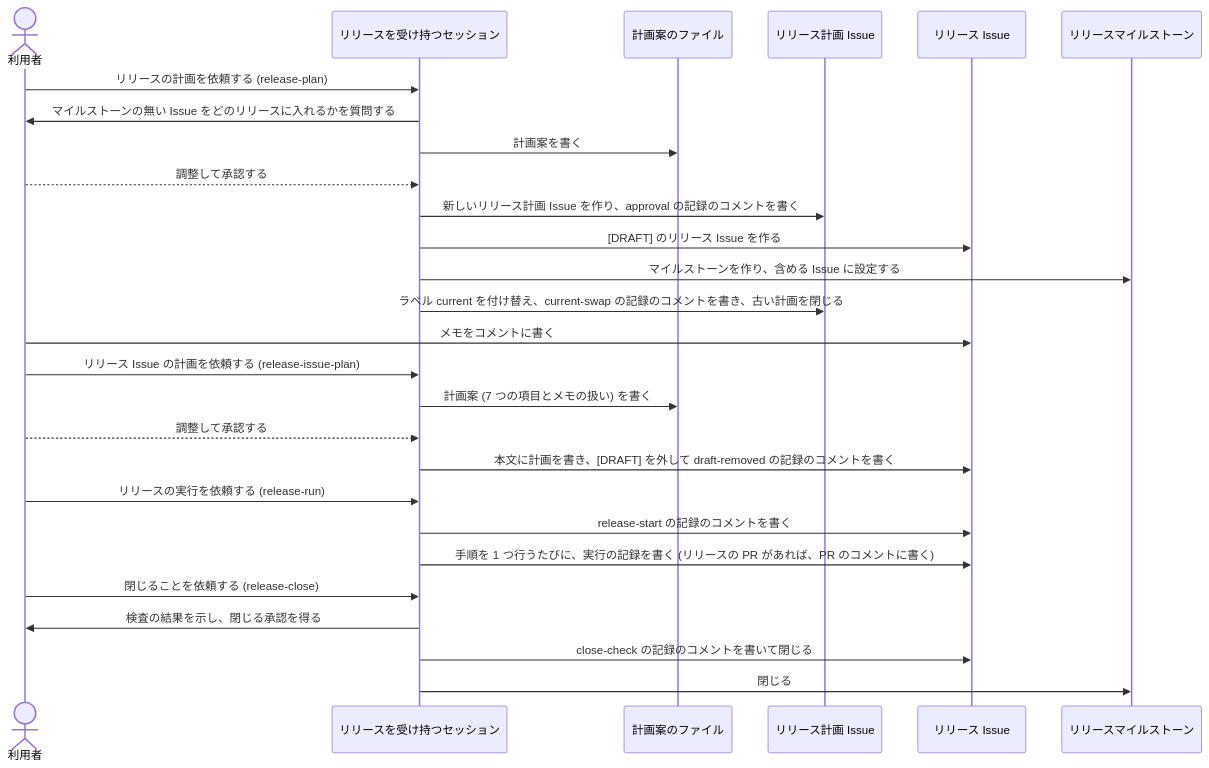
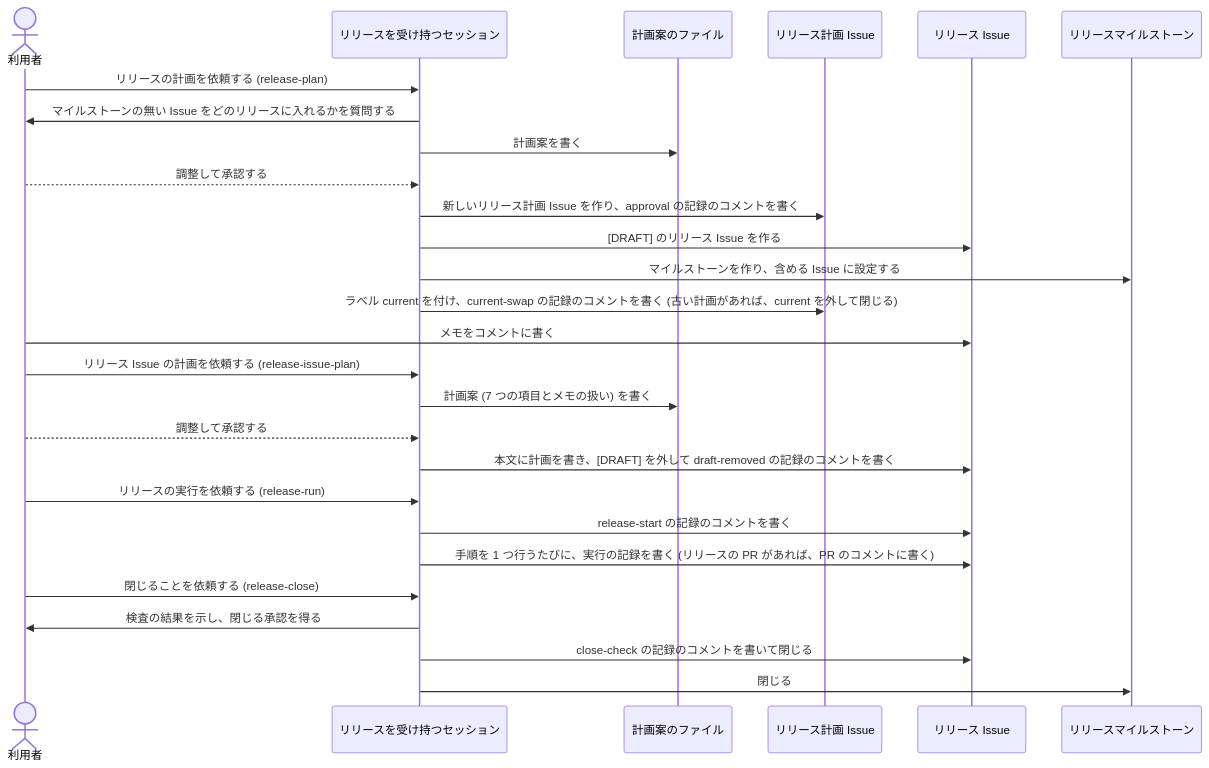
The fourth of 4 diagrams in issue-practice/references/workflow.md (akm/claude-plugins), drawn with Mermaid before and after one commit. The commit also changed other lines of this file and 1 other file, not shown here.

Commit message:
📝 docs(issue-practice): 6 つのシナリオの文書を、確認用のリポジトリで実行した結果に合わせる (#270)
確認用のリポジトリ akm/issue-practice-sandbox2 で 6 つのシナリオを実行し、文書と違ったところを直した。

- 最初のリリース計画でも、記録のコメント current-swap を書く (古い計画が無いので、外す計画と閉じる計画が無い)
- 題名に [DRAFT] があるリリース Issue は、計画を承認するまで「今のリリース」にならない
- Issue と PR の番号を、実行したときの番号にした
- シナリオ 3 を、実行した流れ (切り出しを sub-issue にせず、条件の変更の報告を受け、承認済みの R5 の計画を release-issue-plan で変える) にした。シナリオ 4 に実行中の計画の変更と切り出しを、シナリオ 5 にリリースの取りやめを足した

````diff
--- a/issue-practice/references/workflow.md
+++ b/issue-practice/references/workflow.md
@@ -133,29 +133,29 @@
 ```mermaid
 sequenceDiagram
   actor U as 利用者
   participant S as リリースを受け持つセッション
   participant F as 計画案のファイル
   participant RPI as リリース計画 Issue
   participant RI as リリース Issue
   participant MS as リリースマイルストーン
   U->>S: リリースの計画を依頼する (release-plan)
   S->>U: マイルストーンの無い Issue をどのリリースに入れるかを質問する
   S->>F: 計画案を書く
   U-->>S: 調整して承認する
   S->>RPI: 新しいリリース計画 Issue を作り、approval の記録のコメントを書く
   S->>RI: [DRAFT] のリリース Issue を作る
   S->>MS: マイルストーンを作り、含める Issue に設定する
-  S->>RPI: ラベル current を付け替え、current-swap の記録のコメントを書き、古い計画を閉じる
+  S->>RPI: ラベル current を付け、current-swap の記録のコメントを書く (古い計画があれば、current を外して閉じる)
   U->>RI: メモをコメントに書く
   U->>S: リリース Issue の計画を依頼する (release-issue-plan)
   S->>F: 計画案 (7 つの項目とメモの扱い) を書く
   U-->>S: 調整して承認する
   S->>RI: 本文に計画を書き、[DRAFT] を外して draft-removed の記録のコメントを書く
   U->>S: リリースの実行を依頼する (release-run)
   S->>RI: release-start の記録のコメントを書く
   S->>RI: 手順を 1 つ行うたびに、実行の記録を書く (リリースの PR があれば、PR のコメントに書く)
   U->>S: 閉じることを依頼する (release-close)
   S->>U: 検査の結果を示し、閉じる承認を得る
   S->>RI: close-check の記録のコメントを書いて閉じる
   S->>MS: 閉じる
 ```
````
